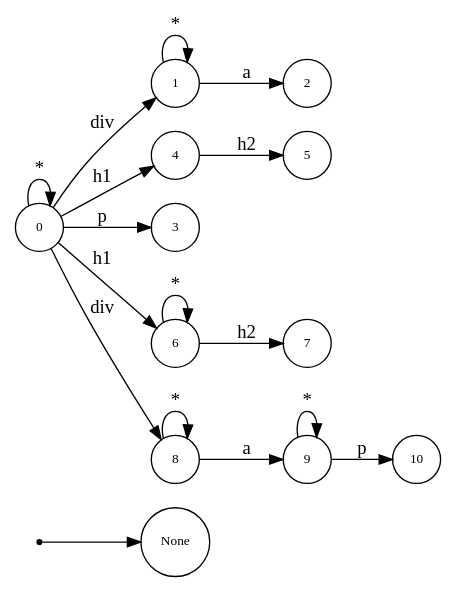
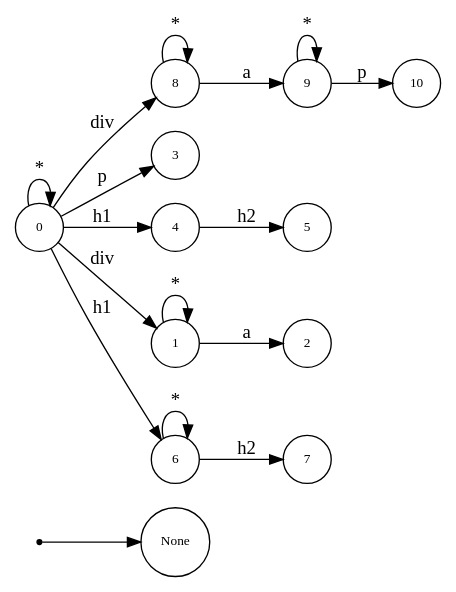
Before and after one commit to asukaminato0721/css-bitvector-compiler: the diagram in dot.dot, drawn with Graphviz. The commit also changed other lines of this file and 62 other files, not shown here.

```diff
--- a/dot.dot
+++ b/dot.dot
@@ -1,33 +1,33 @@
 digraph NFA {
   rankdir=LR;
   node [shape=circle, fontsize=10];
   __start [shape=point, label=""];
   __start -> None;
+  8 [label="8"];
+  5 [label="5"];
+  2 [label="2"];
+  9 [label="9"];
+  0 [label="0"];
+  7 [label="7"];
+  3 [label="3"];
+  4 [label="4"];
+  10 [label="10"];
   1 [label="1"];
-  9 [label="9"];
-  4 [label="4"];
-  7 [label="7"];
-  10 [label="10"];
-  3 [label="3"];
-  5 [label="5"];
   6 [label="6"];
-  0 [label="0"];
-  8 [label="8"];
-  2 [label="2"];
   { node [shape=doublecircle]; 2 3 5 7 10 }
   0 -> 0 [label="*"];
   0 -> 1 [label="div"];
   1 -> 1 [label="*"];
   1 -> 2 [label="a"];
   0 -> 3 [label="p"];
   0 -> 4 [label="h1"];
   4 -> 5 [label="h2"];
   0 -> 6 [label="h1"];
   6 -> 6 [label="*"];
   6 -> 7 [label="h2"];
   0 -> 8 [label="div"];
   8 -> 8 [label="*"];
   8 -> 9 [label="a"];
   9 -> 9 [label="*"];
   9 -> 10 [label="p"];
 }
```
